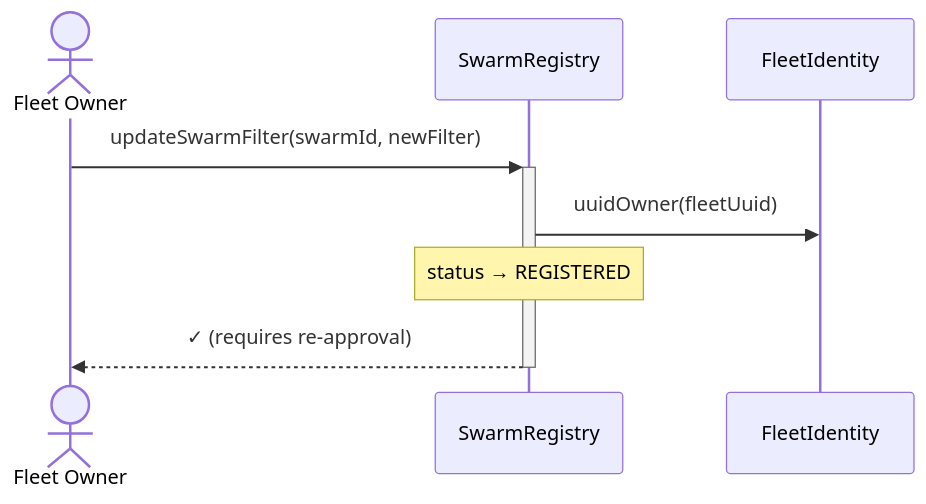
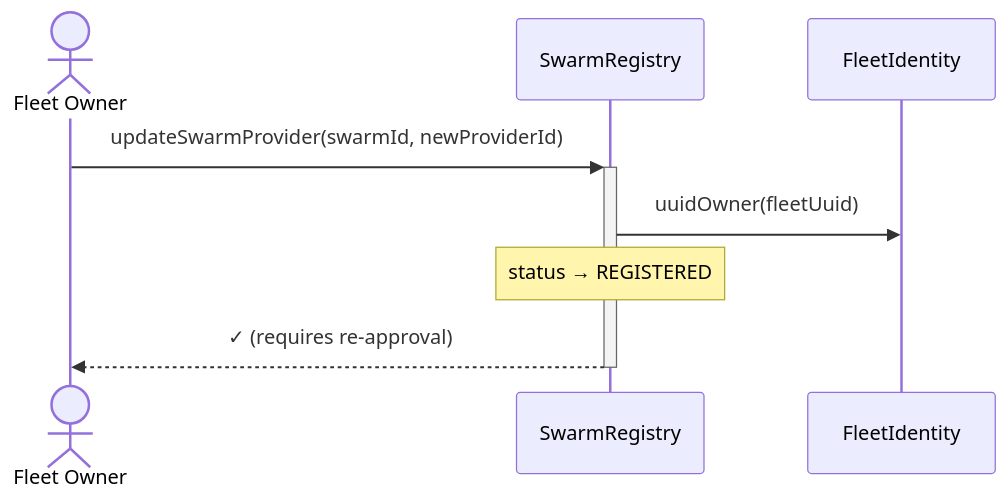
One commit to NodleCode/rollup changed the third of 4 diagrams in src/swarms/doc/swarm-operations.md. Above: the diagram before and after it, drawn with Mermaid. The commit also changed other lines of this file and 7 other files, not shown here.

````diff
--- a/src/swarms/doc/swarm-operations.md
+++ b/src/swarms/doc/swarm-operations.md
@@ -127,11 +124,11 @@
 ```mermaid
 sequenceDiagram
     actor FO as Fleet Owner
     participant SR as SwarmRegistry
     participant FI as FleetIdentity
 
-    FO->>+SR: updateSwarmFilter(swarmId, newFilter)
+    FO->>+SR: updateSwarmProvider(swarmId, newProviderId)
     SR->>FI: uuidOwner(fleetUuid)
     Note over SR: status → REGISTERED
     SR-->>-FO: ✓ (requires re-approval)
 ```
````
